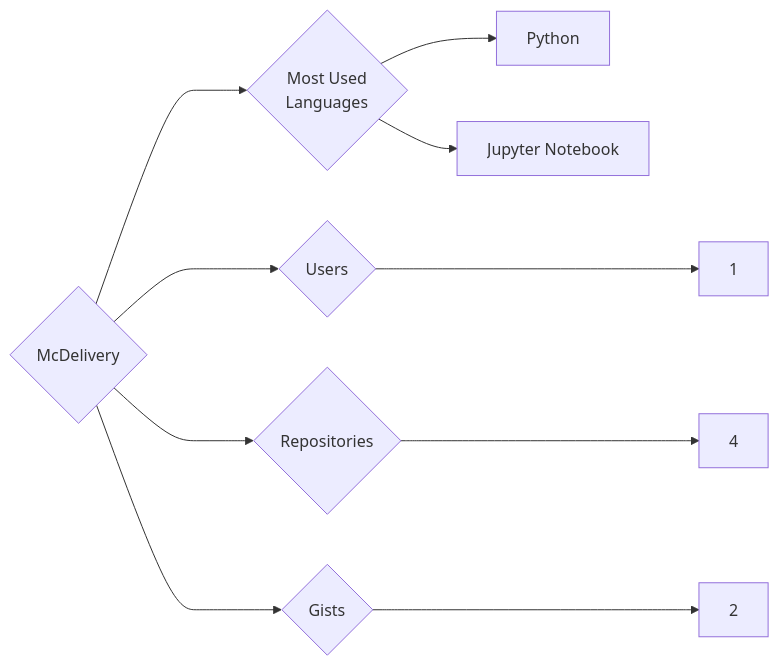
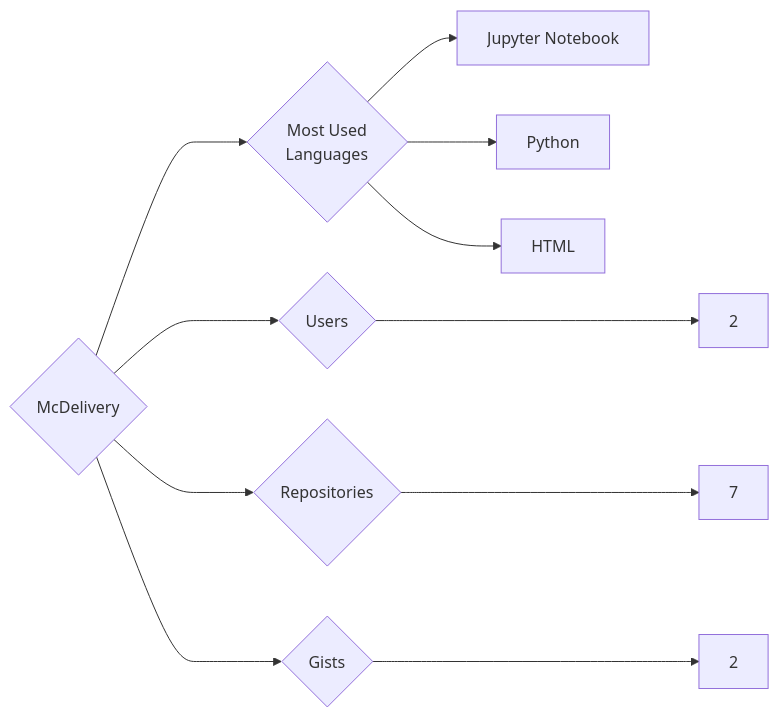
One commit to trickest/insiders changed the diagram in targets/McDelivery/README.md. Above: the diagram before and after it, drawn with Mermaid. The commit also changed 972 other files, not shown here.

````diff
--- a/targets/McDelivery/README.md
+++ b/targets/McDelivery/README.md
@@ -3,10 +3,11 @@
 ```mermaid
 graph LR
 COMPANY_NAME{McDelivery}
-COMPANY_NAME ---> U{Users} ---> UN[1]
-COMPANY_NAME ---> R{Repositories} ---> RN[4]
+COMPANY_NAME ---> U{Users} ---> UN[2]
+COMPANY_NAME ---> R{Repositories} ---> RN[7]
 COMPANY_NAME ---> G{Gists} ---> GN[2]
 COMPANY_NAME ---> ML{Most Used<br>Languages}
+ML --> Jupyter_Notebook[Jupyter Notebook]
 ML --> Python[Python]
-ML --> Jupyter_Notebook[Jupyter Notebook]
+ML --> HTML[HTML]
 ```
````
